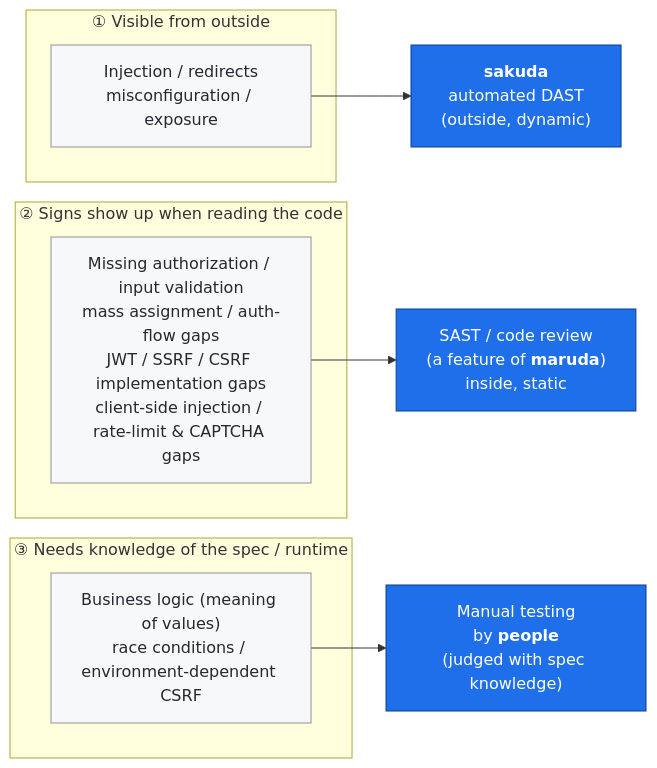
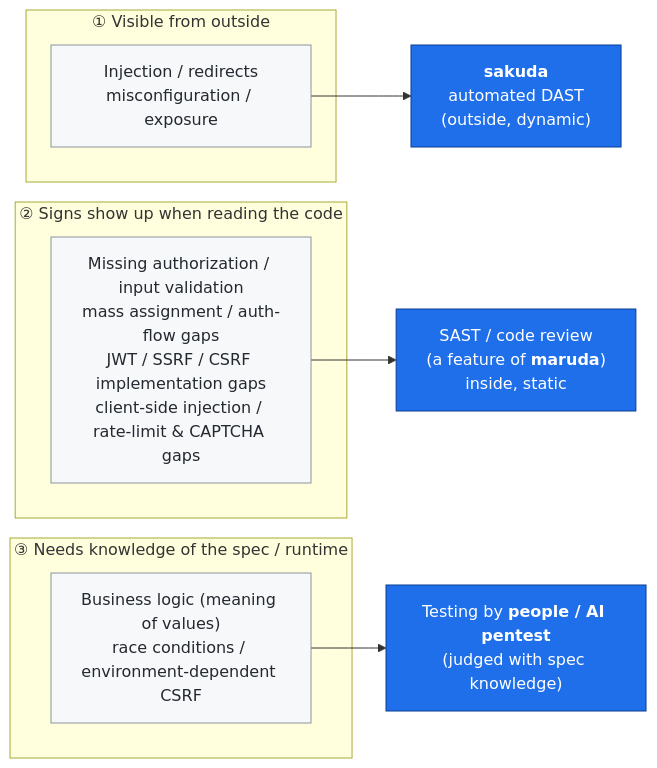
Before and after one commit to northraystudio/sakuda: the diagram in docs/coverage-and-limits.md, drawn with Mermaid. The commit also changed other lines of this file and 1 other file, not shown here.

````diff
--- a/docs/coverage-and-limits.md
+++ b/docs/coverage-and-limits.md
@@ -99,20 +108,20 @@
 ```mermaid
 flowchart LR
     subgraph N1["① Visible from outside"]
         a["Injection / redirects<br/>misconfiguration / exposure"]
     end
     subgraph N2["② Signs show up when reading the code"]
         b["Missing authorization / input validation<br/>mass assignment / auth-flow gaps<br/>JWT / SSRF / CSRF implementation gaps<br/>client-side injection / rate-limit & CAPTCHA gaps"]
     end
     subgraph N3["③ Needs knowledge of the spec / runtime"]
         c["Business logic (meaning of values)<br/>race conditions / environment-dependent CSRF"]
     end
     a --> S["<b>sakuda</b><br/>automated DAST<br/>(outside, dynamic)"]
     b --> M["SAST / code review<br/>(a feature of <b>maruda</b>)<br/>inside, static"]
-    c --> H["Manual testing<br/>by <b>people</b><br/>(judged with spec knowledge)"]
+    c --> H["Testing by <b>people / AI pentest</b><br/>(judged with spec knowledge)"]
 
     classDef tool fill:#1f6feb,stroke:#0b3d91,color:#fff;
     classDef kind fill:#f6f8fa,stroke:#8b949e,color:#24292f;
     class S,M,H tool;
     class a,b,c kind;
 ```
````
